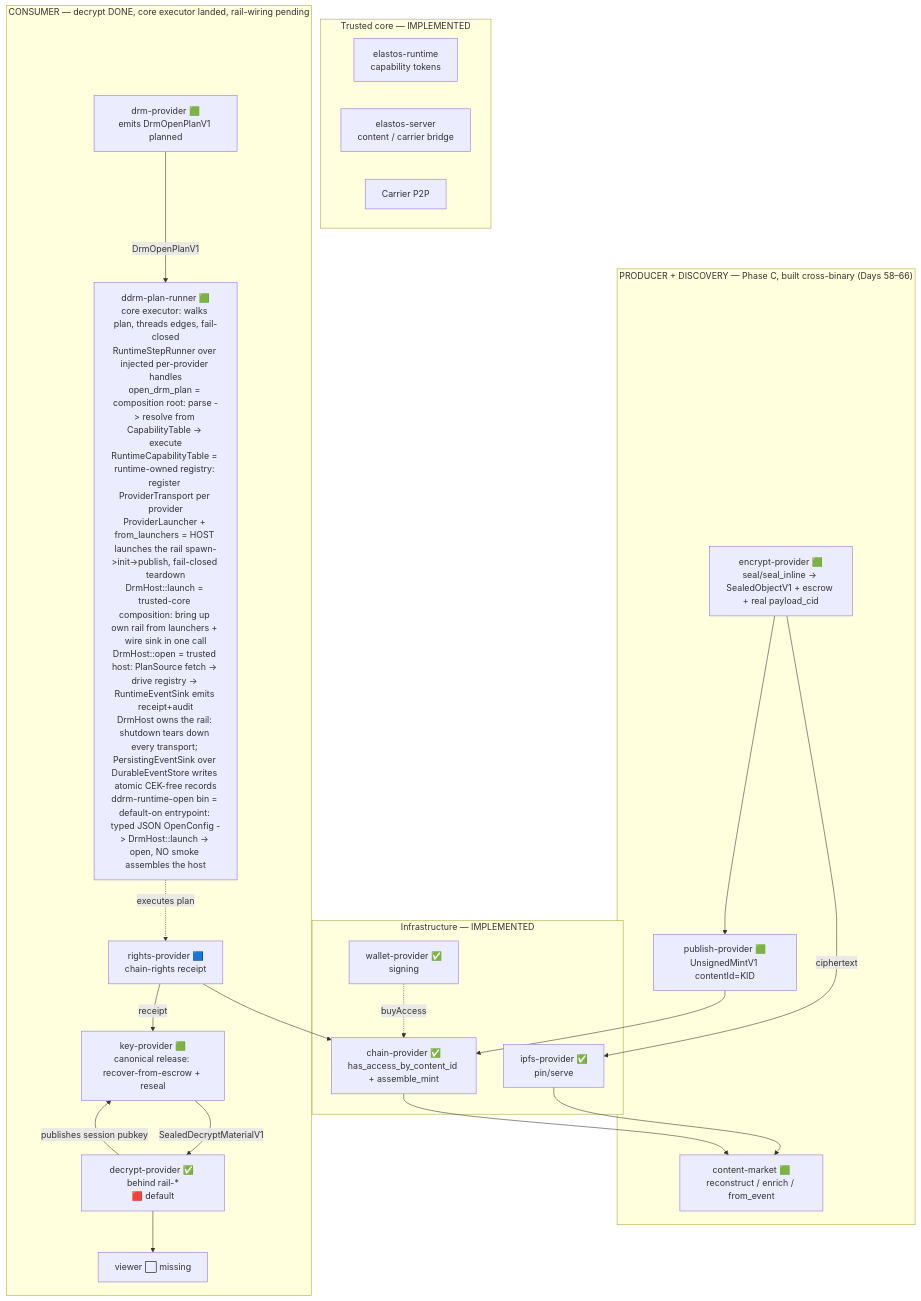
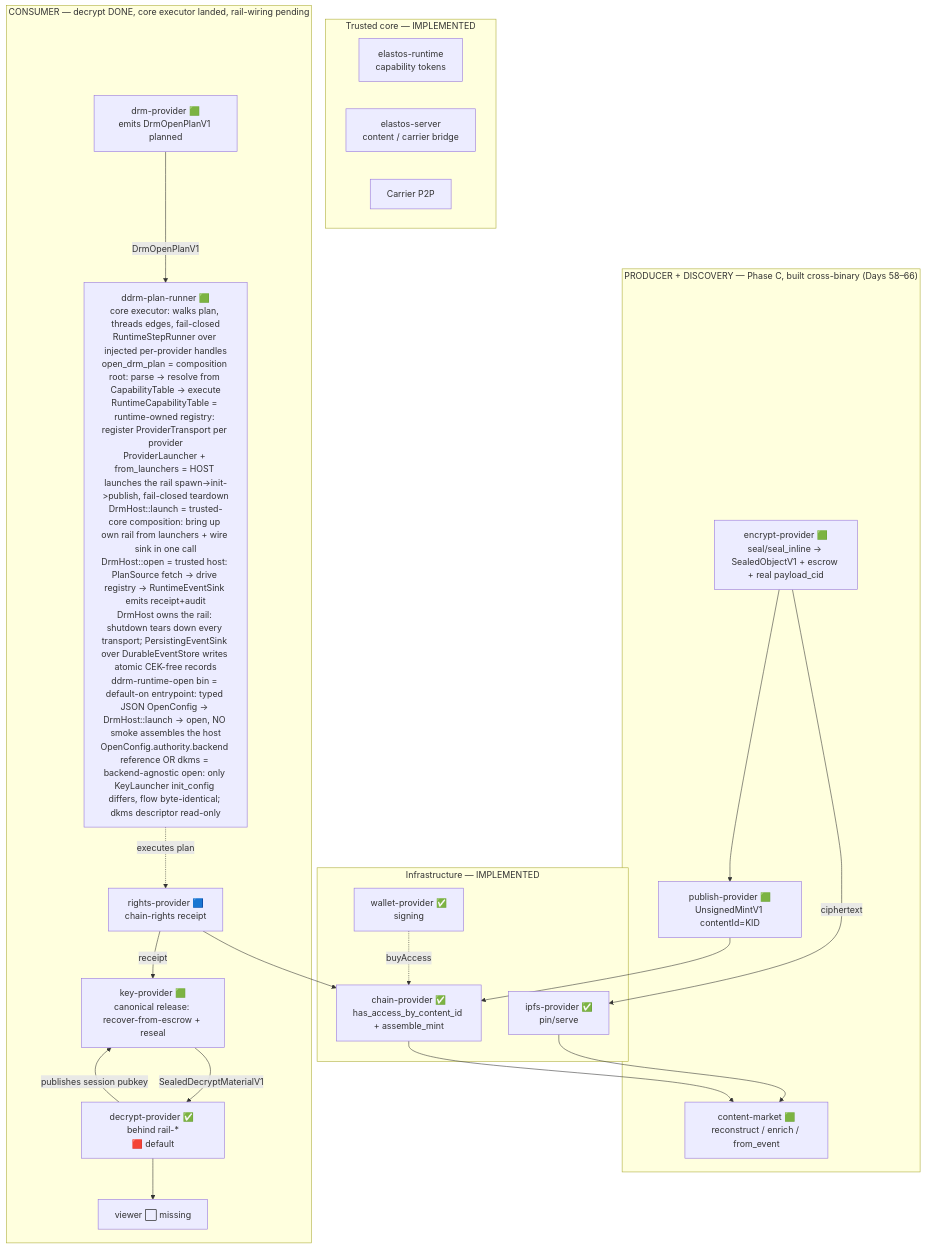
Before and after one commit to Elacity/elastos-runtime: the first of 2 diagrams in docs/convergence/SYSTEM_ARCHITECTURE_MAP.md, drawn with Mermaid. The commit also changed other lines of this file and 8 other files, not shown here.

````diff
--- a/docs/convergence/SYSTEM_ARCHITECTURE_MAP.md
+++ b/docs/convergence/SYSTEM_ARCHITECTURE_MAP.md
@@ -122,34 +122,34 @@
 ```mermaid
 flowchart TB
   subgraph core["Trusted core — IMPLEMENTED"]
     RT[elastos-runtime<br/>capability tokens]
     SRV[elastos-server<br/>content / carrier bridge]
     CAR[Carrier P2P]
   end
   subgraph infra["Infrastructure — IMPLEMENTED"]
     IPFS[ipfs-provider ✅<br/>pin/serve]
     CHN[chain-provider ✅<br/>has_access_by_content_id + assemble_mint]
     WLT[wallet-provider ✅<br/>signing]
   end
   subgraph prod["PRODUCER + DISCOVERY — Phase C, built cross-binary (Days 58–66)"]
     ENC[encrypt-provider 🟩<br/>seal/seal_inline → SealedObjectV1 + escrow + real payload_cid]
     PUBP[publish-provider 🟩<br/>UnsignedMintV1 contentId=KID]
     MKT[content-market 🟩<br/>reconstruct / enrich / from_event]
   end
   subgraph cons["CONSUMER — decrypt DONE, core executor landed, rail-wiring pending"]
     DRM[drm-provider 🟩<br/>emits DrmOpenPlanV1 planned]
-    CORE[ddrm-plan-runner 🟩<br/>core executor: walks plan, threads edges, fail-closed<br/>RuntimeStepRunner over injected per-provider handles<br/>open_drm_plan = composition root: parse -> resolve from CapabilityTable -> execute<br/>RuntimeCapabilityTable = runtime-owned registry: register ProviderTransport per provider<br/>ProviderLauncher + from_launchers = HOST launches the rail spawn->init->publish, fail-closed teardown<br/>DrmHost::launch = trusted-core composition: bring up own rail from launchers + wire sink in one call<br/>DrmHost::open = trusted host: PlanSource fetch -> drive registry -> RuntimeEventSink emits receipt+audit<br/>DrmHost owns the rail: shutdown tears down every transport; PersistingEventSink over DurableEventStore writes atomic CEK-free records<br/>ddrm-runtime-open bin = default-on entrypoint: typed JSON OpenConfig -> DrmHost::launch -> open, NO smoke assembles the host]
+    CORE[ddrm-plan-runner 🟩<br/>core executor: walks plan, threads edges, fail-closed<br/>RuntimeStepRunner over injected per-provider handles<br/>open_drm_plan = composition root: parse -> resolve from CapabilityTable -> execute<br/>RuntimeCapabilityTable = runtime-owned registry: register ProviderTransport per provider<br/>ProviderLauncher + from_launchers = HOST launches the rail spawn->init->publish, fail-closed teardown<br/>DrmHost::launch = trusted-core composition: bring up own rail from launchers + wire sink in one call<br/>DrmHost::open = trusted host: PlanSource fetch -> drive registry -> RuntimeEventSink emits receipt+audit<br/>DrmHost owns the rail: shutdown tears down every transport; PersistingEventSink over DurableEventStore writes atomic CEK-free records<br/>ddrm-runtime-open bin = default-on entrypoint: typed JSON OpenConfig -> DrmHost::launch -> open, NO smoke assembles the host<br/>OpenConfig.authority.backend reference OR dkms = backend-agnostic open: only KeyLauncher init_config differs, flow byte-identical; dkms descriptor read-only]
     RTS[rights-provider 🟦<br/>chain-rights receipt]
     KEY[key-provider 🟩<br/>canonical release: recover-from-escrow + reseal]
     DEC[decrypt-provider ✅ behind rail-*<br/>🟥 default]
     VIEW[viewer ⬜ missing]
   end
   ENC --> PUBP --> CHN
   ENC -->|ciphertext| IPFS --> MKT
   CHN --> MKT
   WLT -. buyAccess .-> CHN
   DRM -->|DrmOpenPlanV1| CORE
   CORE -. executes plan .-> RTS --> CHN
   RTS -->|receipt| KEY -->|SealedDecryptMaterialV1| DEC --> VIEW
   DEC -->|publishes session pubkey| KEY
 ```
````
